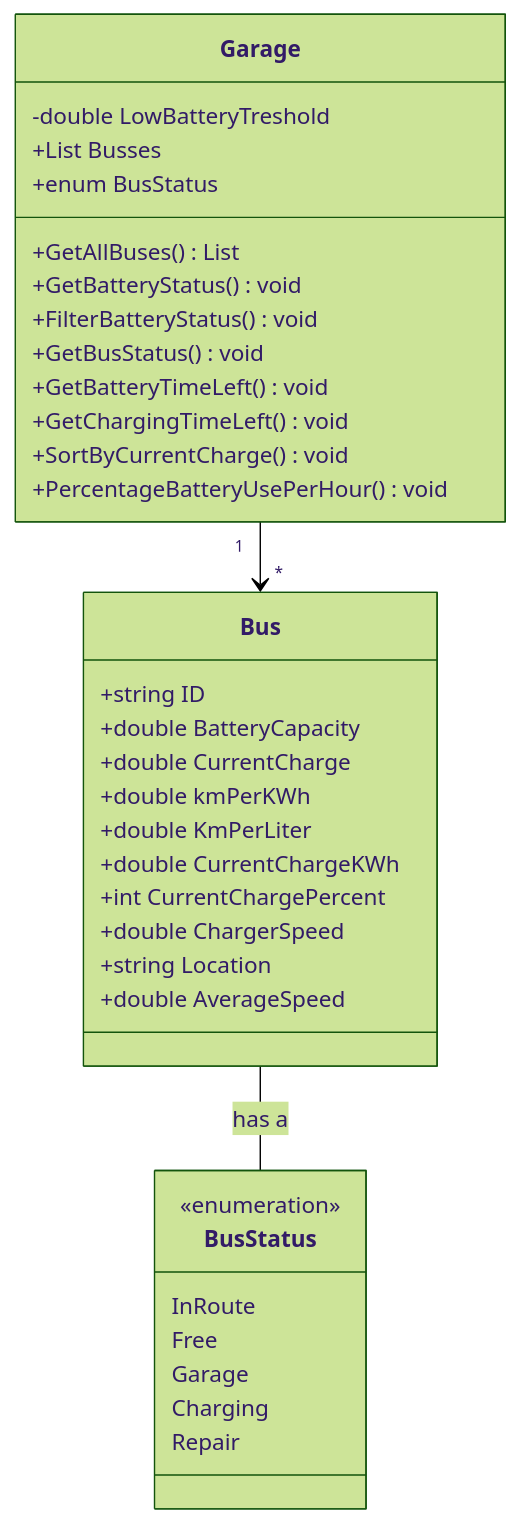
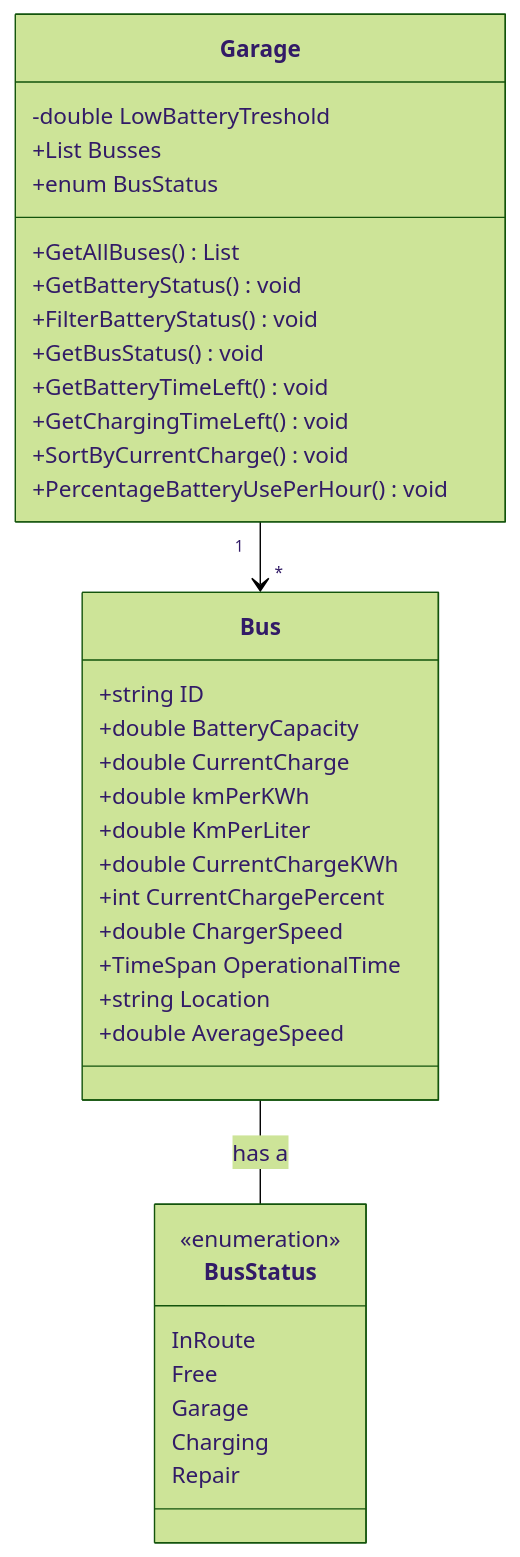
One commit to Team-14-pa-UCL/Getting-Real2 changed the diagram in Dokumentation/Iteration 1/Use Case 2/DCD.mmd. Above: the diagram before and after it, drawn with Mermaid (forest theme).

Commit message:
Tilføjet property OperationalTime

```diff
--- a/Dokumentation/Iteration 1/Use Case 2/DCD.mmd
+++ b/Dokumentation/Iteration 1/Use Case 2/DCD.mmd
@@ -1,39 +1,40 @@
 classDiagram
     class Bus {
         +string ID
         +double BatteryCapacity
         +double CurrentCharge
         +double kmPerKWh
         +double KmPerLiter
         +double CurrentChargeKWh
         +int CurrentChargePercent
         +double ChargerSpeed
+        +TimeSpan OperationalTime
         +string Location
         +double AverageSpeed
     }
 
     class Garage {
         -double LowBatteryTreshold
         +List<Bus> Busses
         +enum BusStatus
         +GetAllBuses() List<Bus>
         +GetBatteryStatus() void
         +FilterBatteryStatus() void
         +GetBusStatus() void
         +GetBatteryTimeLeft() void
         +GetChargingTimeLeft() void
         +SortByCurrentCharge() void
         +PercentageBatteryUsePerHour() void
     }
 
     class BusStatus{
         <<enumeration>>
         InRoute
         Free
         Garage
         Charging
         Repair
     }
     
     Garage "1" --> "*" Bus
     Bus -- BusStatus : has a
```
